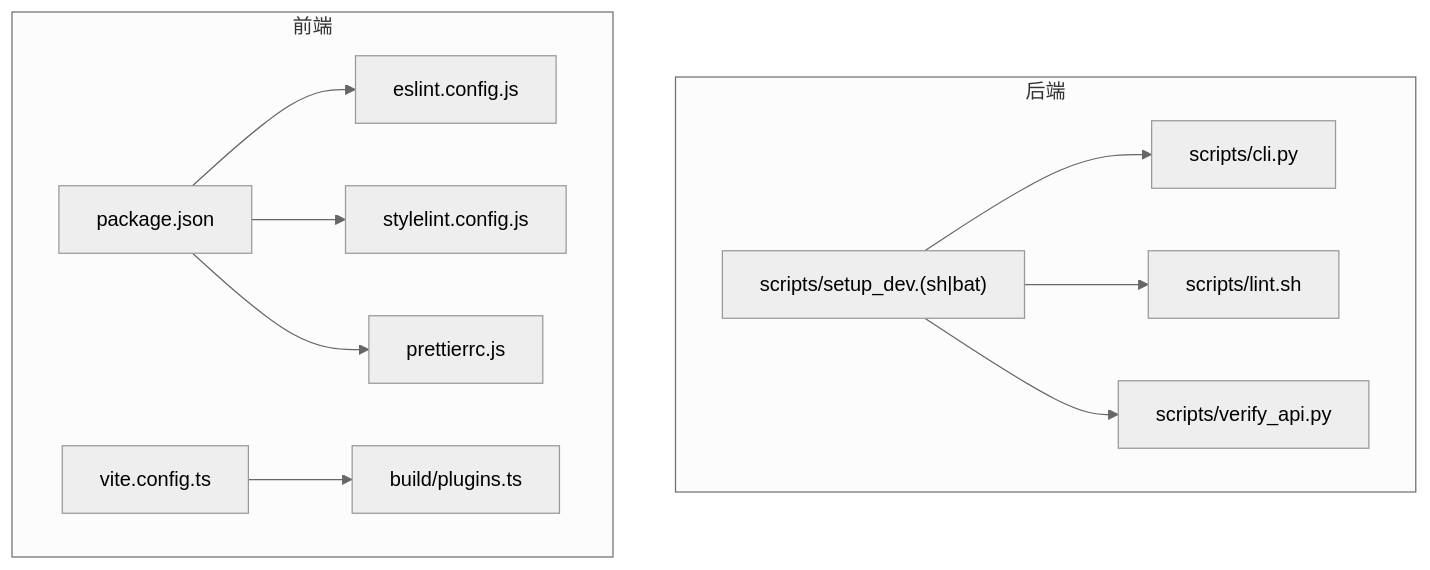
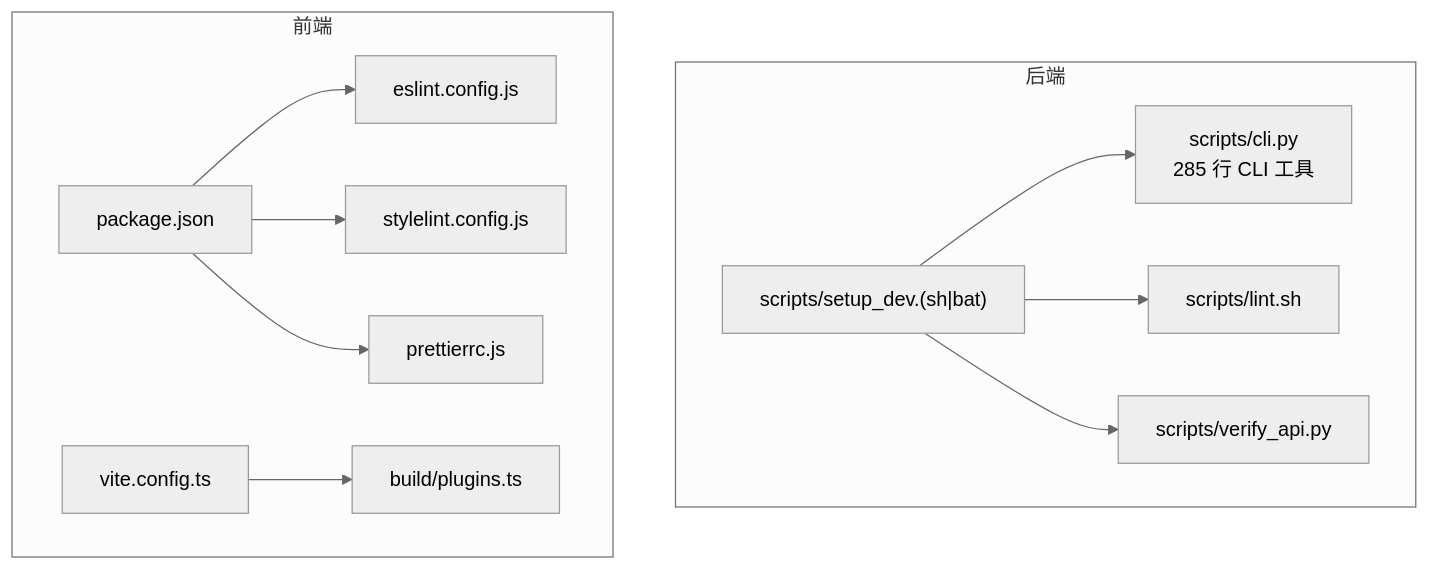
The tenth of 10 diagrams in .qoder/repowiki/zh/content/核心模块/开发工具与实用函数.md (taoweidong/Hello-FastApi), drawn with Mermaid (neutral theme) before and after one commit. The commit also changed other lines of this file and 11 other files, not shown here.

````diff
--- a/.qoder/repowiki/zh/content/核心模块/开发工具与实用函数.md
+++ b/.qoder/repowiki/zh/content/核心模块/开发工具与实用函数.md
@@ -428,24 +443,24 @@
 ```mermaid
 graph TB
 subgraph "后端"
-CLI["scripts/cli.py"]
+CLI["scripts/cli.py<br/>285 行 CLI 工具"]
 SETUP["scripts/setup_dev.(sh|bat)"]
 LINT["scripts/lint.sh"]
 VERIFY["scripts/verify_api.py"]
 end
 subgraph "前端"
 ESL["eslint.config.js"]
 STL["stylelint.config.js"]
 PRET["prettierrc.js"]
 PKG["package.json"]
 VCFG["vite.config.ts"]
 PLST["build/plugins.ts"]
 end
 SETUP --> CLI
 SETUP --> LINT
 SETUP --> VERIFY
 PKG --> ESL
 PKG --> STL
 PKG --> PRET
 VCFG --> PLST
 ```
````
